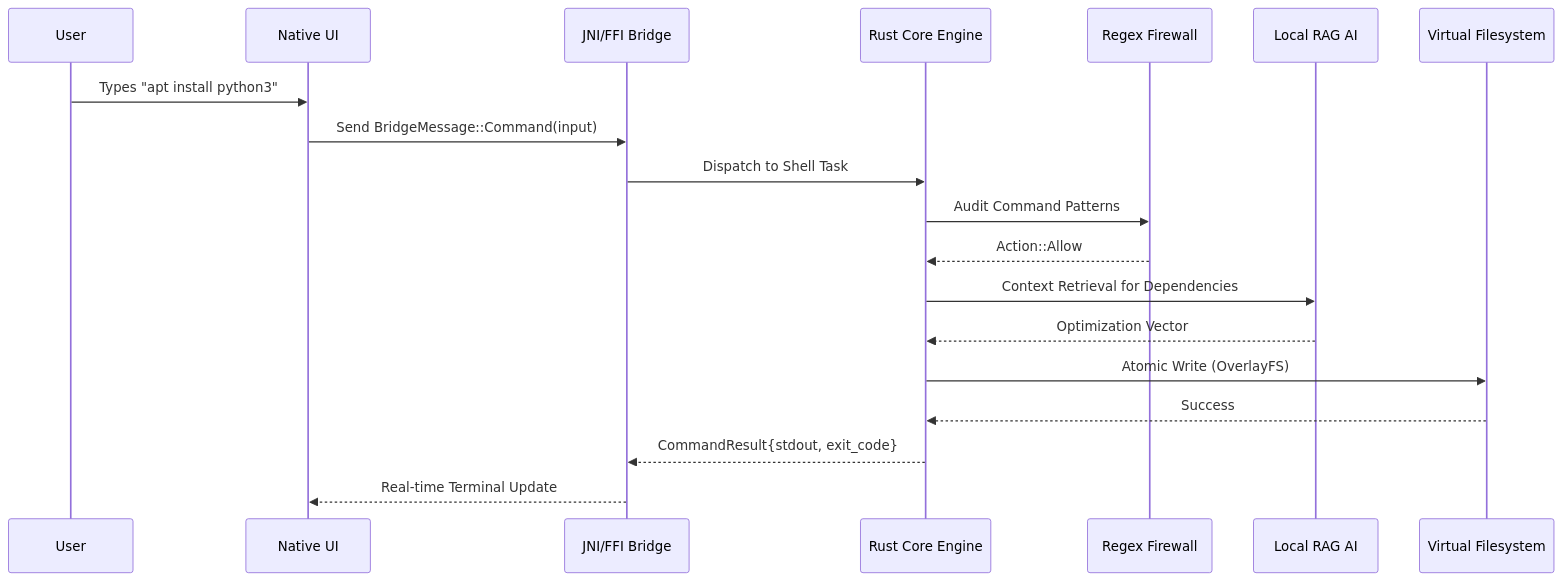
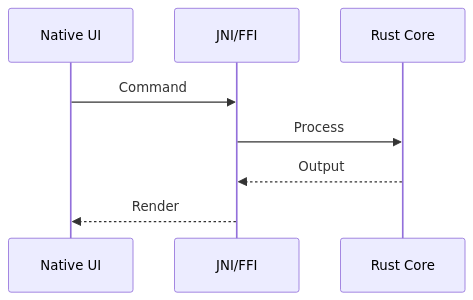
Before and after one commit to MuhammadLutfiMuzakiiVY/flux-ai-terminal: the diagram in README.md, drawn with Mermaid. The commit also changed other lines of this file, not shown here.

````diff
--- a/README.md
+++ b/README.md
@@ -28,22 +86,10 @@
 ```mermaid
 sequenceDiagram
-    participant User
     participant UI as Native UI
-    participant Bridge as JNI/FFI Bridge
-    participant Engine as Rust Core Engine
-    participant FW as Regex Firewall
-    participant AI as Local RAG AI
-    participant VFS as Virtual Filesystem
-
-    User->>UI: Types "apt install python3"
-    UI->>Bridge: Send BridgeMessage::Command(input)
-    Bridge->>Engine: Dispatch to Shell Task
-    Engine->>FW: Audit Command Patterns
-    FW-->>Engine: Action::Allow
-    Engine->>AI: Context Retrieval for Dependencies
-    AI-->>Engine: Optimization Vector
-    Engine->>VFS: Atomic Write (OverlayFS)
-    VFS-->>Engine: Success
-    Engine-->>Bridge: CommandResult{stdout, exit_code}
-    Bridge-->>UI: Real-time Terminal Update
+    participant Bridge as JNI/FFI
+    participant Core as Rust Core
+    UI->>Bridge: Command
+    Bridge->>Core: Process
+    Core-->>Bridge: Output
+    Bridge-->>UI: Render
 ```
````
